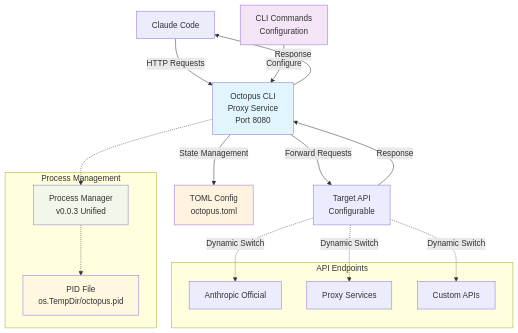
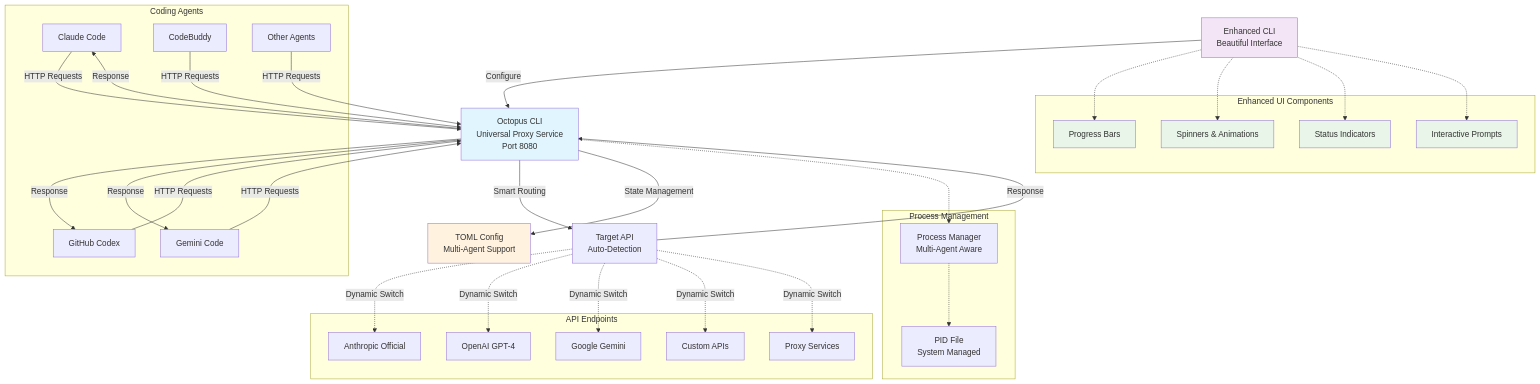
Before and after one commit to VibeAny/octopus-cli: the diagram in docs/architecture.md, drawn with Mermaid. The commit also changed other lines of this file and 5 other files, not shown here.

````diff
--- a/docs/architecture.md
+++ b/docs/architecture.md
@@ -8,34 +9,67 @@
 ```mermaid
 graph TB
-    A[Claude Code] -->|HTTP Requests| B[Octopus CLI<br/>Proxy Service<br/>Port 8080]
-    B -->|Forward Requests| C[Target API<br/>Configurable]
+    subgraph "Coding Agents"
+        A1[Claude Code]
+        A2[GitHub Codex]
+        A3[Gemini Code]
+        A4[CodeBuddy]
+        A5[Other Agents]
+    end
+
+    A1 -->|HTTP Requests| B[Octopus CLI<br/>Universal Proxy Service<br/>Port 8080]
+    A2 -->|HTTP Requests| B
+    A3 -->|HTTP Requests| B
+    A4 -->|HTTP Requests| B
+    A5 -->|HTTP Requests| B
+
+    B -->|Smart Routing| C[Target API<br/>Auto-Detection]
     C -->|Response| B
-    B -->|Response| A
+    B -->|Response| A1
+    B -->|Response| A2
+    B -->|Response| A3
 
-    D[CLI Commands<br/>Configuration] -->|Configure| B
-    B -->|State Management| E[TOML Config<br/>octopus.toml]
+    D[Enhanced CLI<br/>Beautiful Interface] -->|Configure| B
+    B -->|State Management| E[TOML Config<br/>Multi-Agent Support]
 
     subgraph "API Endpoints"
         F[Anthropic Official]
-        G[Proxy Services]
-        H[Custom APIs]
+        G[OpenAI GPT-4]
+        H[Google Gemini]
+        I[Custom APIs]
+        J[Proxy Services]
     end
 
     C -.->|Dynamic Switch| F
     C -.->|Dynamic Switch| G
     C -.->|Dynamic Switch| H
+    C -.->|Dynamic Switch| I
+    C -.->|Dynamic Switch| J
+
+    subgraph "Enhanced UI Components"
+        K[Progress Bars]
+        L[Spinners & Animations] 
+        M[Status Indicators]
+        N[Interactive Prompts]
+    end
+
+    D -.-> K
+    D -.-> L
+    D -.-> M
+    D -.-> N
 
     subgraph "Process Management"
-        I[PID File<br/>os.TempDir/octopus.pid]
-        J[Process Manager<br/>v0.0.3 Unified]
+        O[PID File<br/>System Managed]
+        P[Process Manager<br/>Multi-Agent Aware]
     end
 
-    B -.-> J
-    J -.-> I
+    B -.-> P
+    P -.-> O
 
     style B fill:#e1f5fe
     style D fill:#f3e5f5
     style E fill:#fff3e0
-    style I fill:#fff8e1
-    style J fill:#f1f8e9
+    style K fill:#e8f5e8
+    style L fill:#e8f5e8
+    style M fill:#e8f5e8
+    style N fill:#e8f5e8
 ```
````
